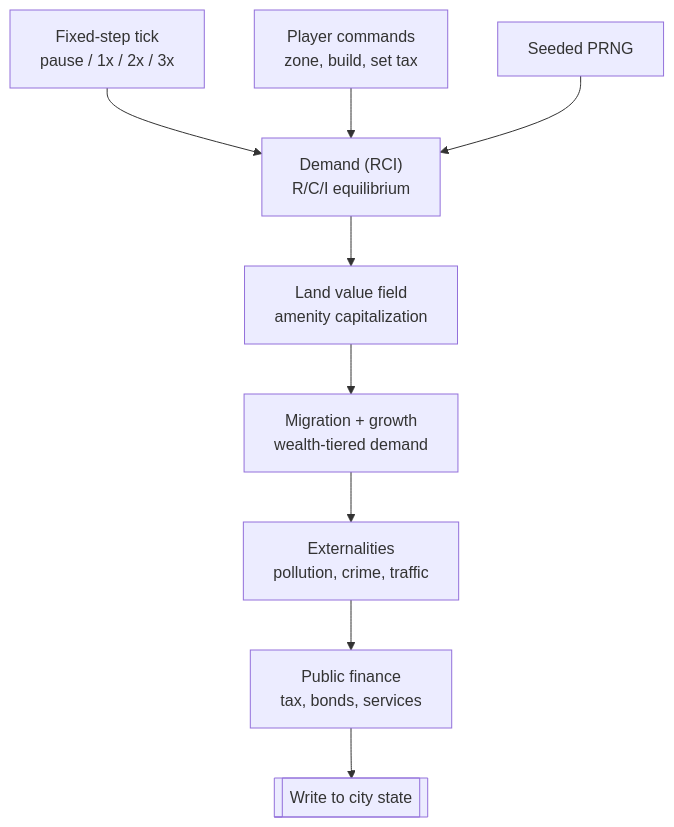
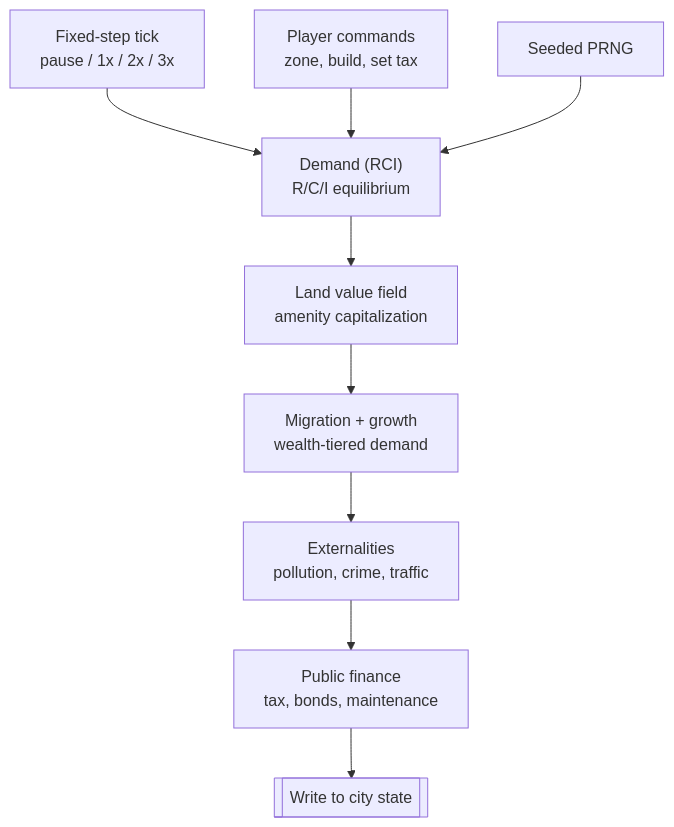
One commit to landvalue-sim/landvalue-sim changed the second of 2 diagrams in design_docs/DESIGN.md. Above: the diagram before and after it, drawn with Mermaid. The commit also changed 5 other files, not shown here.

````diff
--- a/design_docs/DESIGN.md
+++ b/design_docs/DESIGN.md
@@ -80,11 +80,11 @@
 ```mermaid
 flowchart TB
   Clock["Fixed-step tick<br/>pause / 1x / 2x / 3x"] --> D
   Cmd["Player commands<br/>zone, build, set tax"] --> D
   RNG["Seeded PRNG"] --> D
   D["Demand (RCI)<br/>R/C/I equilibrium"] --> LV
   LV["Land value field<br/>amenity capitalization"] --> M
   M["Migration + growth<br/>wealth-tiered demand"] --> E
   E["Externalities<br/>pollution, crime, traffic"] --> PF
-  PF["Public finance<br/>tax, bonds, services"] --> W[["Write to city state"]]
+  PF["Public finance<br/>tax, bonds, maintenance"] --> W[["Write to city state"]]
 ```
````
